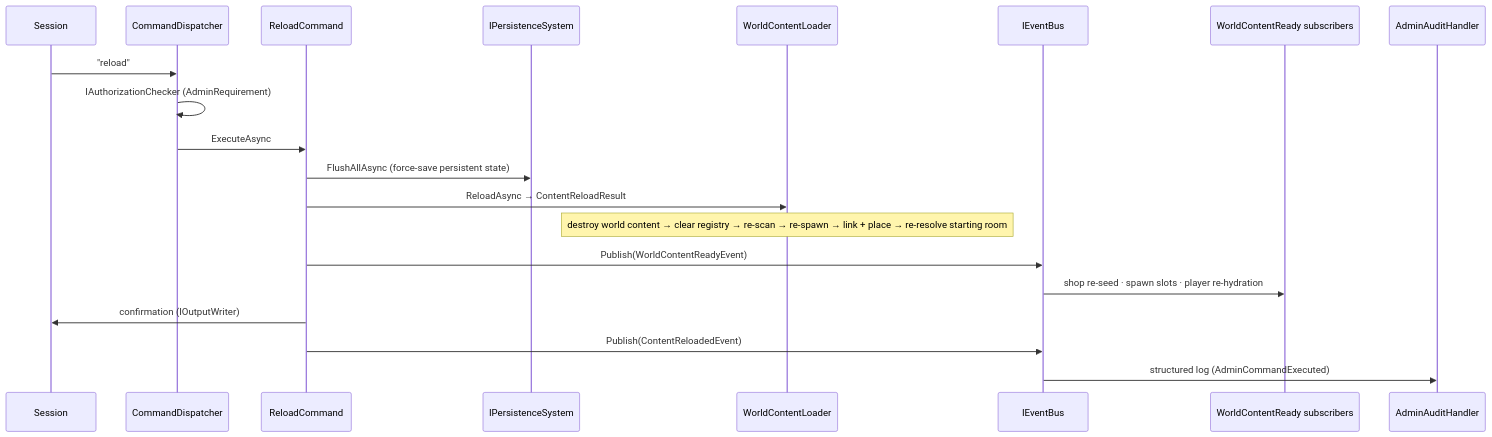
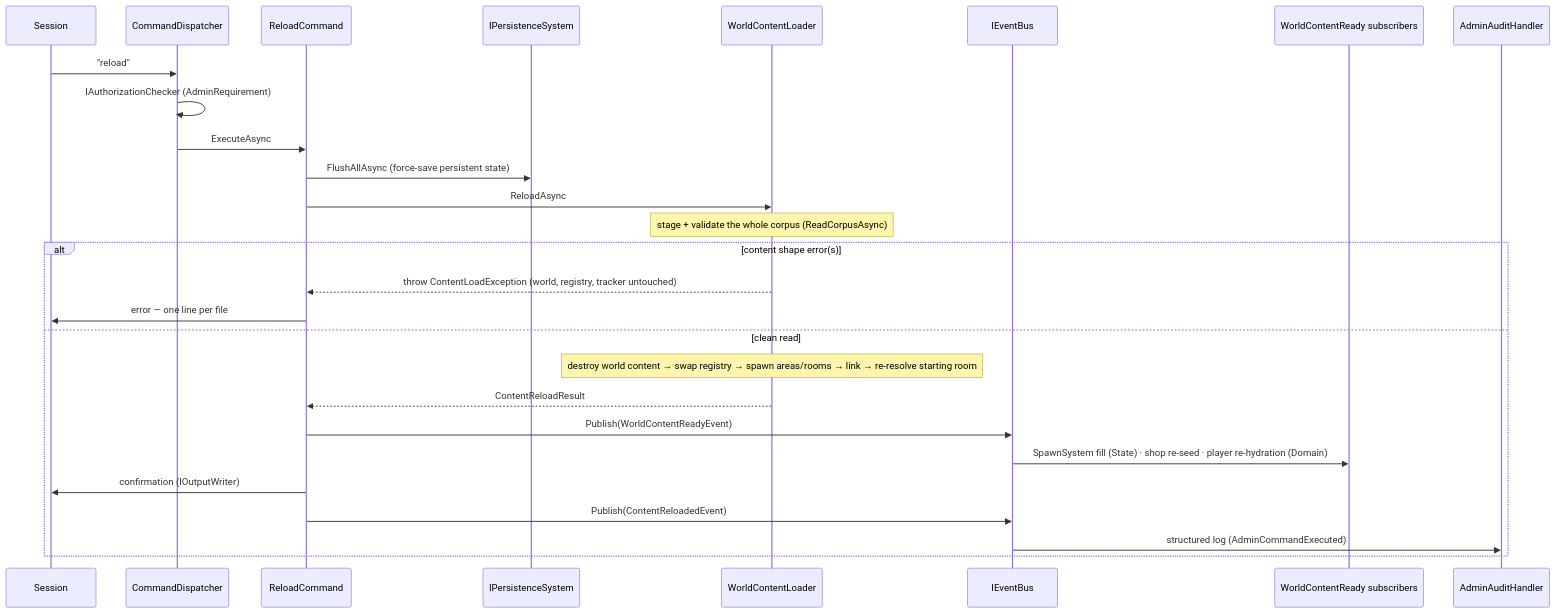
The diagram in docs/architecture/flows/flow-05-content-reload.md (dmbyer/Hedron), drawn with Mermaid before and after one commit. The commit also changed other lines of this file and 126 other files, not shown here.

````diff
--- a/docs/architecture/flows/flow-05-content-reload.md
+++ b/docs/architecture/flows/flow-05-content-reload.md
@@ -9,23 +9,30 @@
 ```mermaid
 sequenceDiagram
     participant Sess as Session
     participant CD as CommandDispatcher
     participant RC as ReloadCommand
     participant Pers as IPersistenceSystem
     participant WCL as WorldContentLoader
     participant Bus as IEventBus
     participant Subs as WorldContentReady subscribers
     participant Audit as AdminAuditHandler
 
     Sess->>CD: "reload"
     CD->>CD: IAuthorizationChecker (AdminRequirement)
     CD->>RC: ExecuteAsync
     RC->>Pers: FlushAllAsync (force-save persistent state)
-    RC->>WCL: ReloadAsync → ContentReloadResult
-    Note over WCL: destroy world content → clear registry → re-scan → re-spawn → link + place → re-resolve starting room
-    RC->>Bus: Publish(WorldContentReadyEvent)
-    Bus->>Subs: shop re-seed · spawn slots · player re-hydration
-    RC->>Sess: confirmation (IOutputWriter)
-    RC->>Bus: Publish(ContentReloadedEvent)
-    Bus->>Audit: structured log (AdminCommandExecuted)
+    RC->>WCL: ReloadAsync
+    Note over WCL: stage + validate the whole corpus (ReadCorpusAsync)
+    alt content shape error(s)
+        WCL-->>RC: throw ContentLoadException (world, registry, tracker untouched)
+        RC->>Sess: error — one line per file
+    else clean read
+        Note over WCL: destroy world content → swap registry → spawn areas/rooms → link → re-resolve starting room
+        WCL-->>RC: ContentReloadResult
+        RC->>Bus: Publish(WorldContentReadyEvent)
+        Bus->>Subs: SpawnSystem fill (State) · shop re-seed · player re-hydration (Domain)
+        RC->>Sess: confirmation (IOutputWriter)
+        RC->>Bus: Publish(ContentReloadedEvent)
+        Bus->>Audit: structured log (AdminCommandExecuted)
+    end
 ```
````
